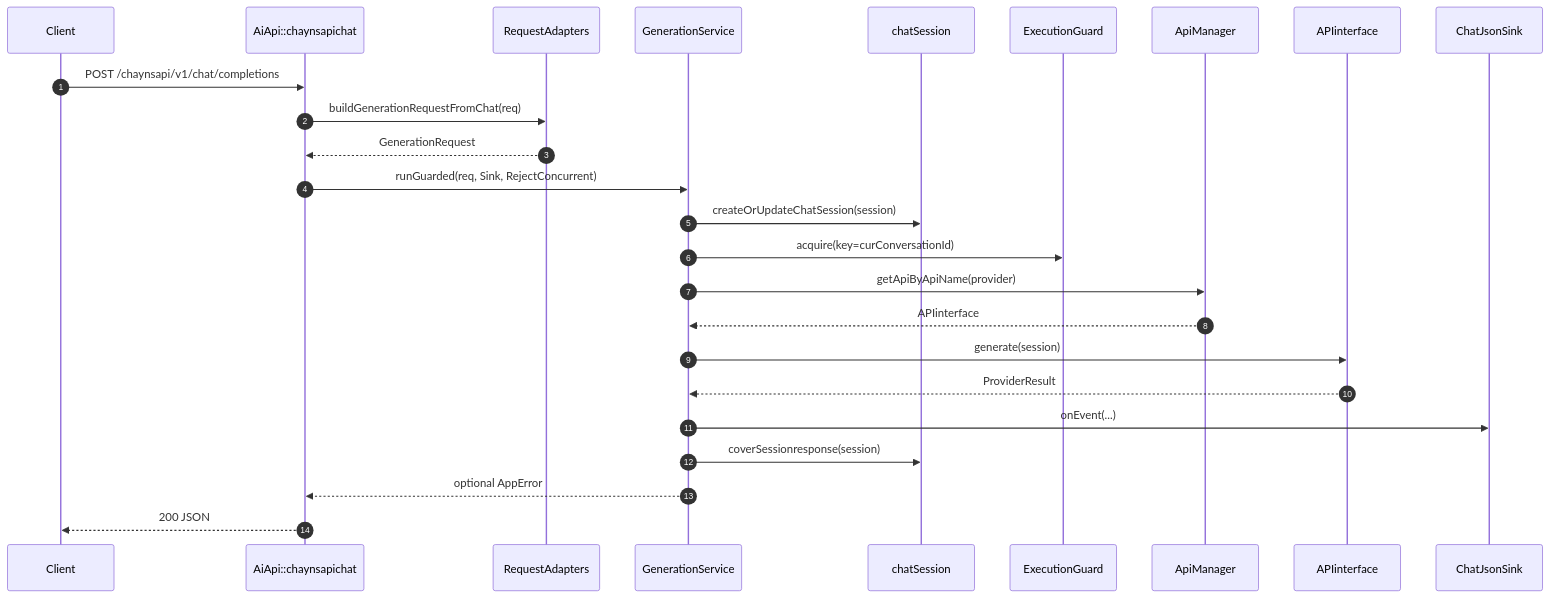
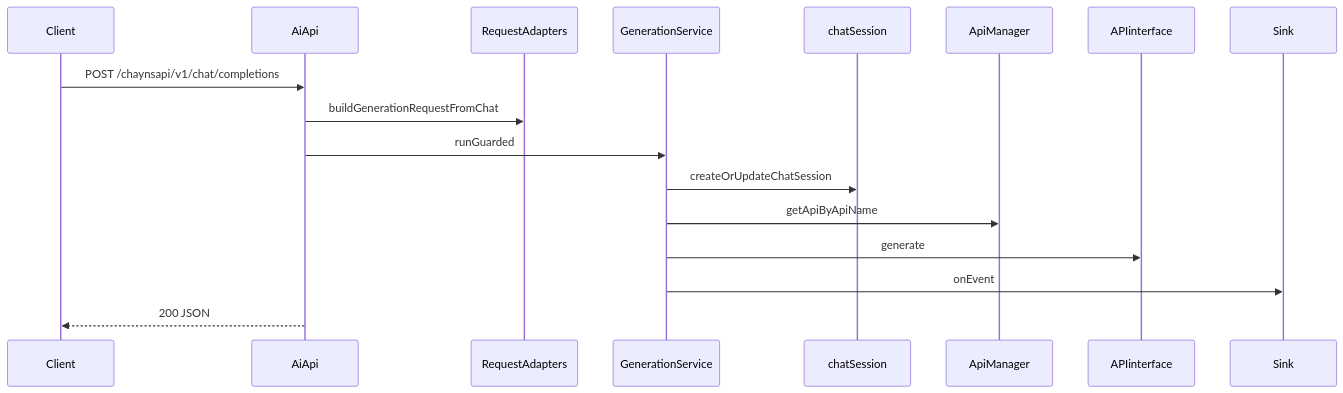
The second of 2 diagrams in doc/aiapi_callflow_and_api_examples.md (scrtou/aiapi), drawn with Mermaid before and after one commit. The commit also changed other lines of this file and 5 other files, not shown here.

````diff
--- a/doc/aiapi_callflow_and_api_examples.md
+++ b/doc/aiapi_callflow_and_api_examples.md
@@ -160,28 +124,11 @@
 ```mermaid
 sequenceDiagram
-  autonumber
-  participant Client
-  participant AiApi as AiApi::chaynsapichat
-  participant RA as RequestAdapters
-  participant GS as GenerationService
-  participant CS as chatSession
-  participant Gate as ExecutionGuard
-  participant AM as ApiManager
-  participant P as APIinterface
-  participant Sink as ChatJsonSink
-
   Client->>AiApi: POST /chaynsapi/v1/chat/completions
-  AiApi->>RA: buildGenerationRequestFromChat(req)
-  RA-->>AiApi: GenerationRequest
-  AiApi->>GS: runGuarded(req, Sink, RejectConcurrent)
-  GS->>CS: createOrUpdateChatSession(session)
-  GS->>Gate: acquire(key=curConversationId)
-  GS->>AM: getApiByApiName(provider)
-  AM-->>GS: APIinterface
-  GS->>P: generate(session)
-  P-->>GS: ProviderResult
-  GS->>Sink: onEvent(...)
-  GS->>CS: coverSessionresponse(session)
-  GS-->>AiApi: optional AppError
+  AiApi->>RequestAdapters: buildGenerationRequestFromChat
+  AiApi->>GenerationService: runGuarded
+  GenerationService->>chatSession: createOrUpdateChatSession
+  GenerationService->>ApiManager: getApiByApiName
+  GenerationService->>APIinterface: generate
+  GenerationService->>Sink: onEvent
   AiApi-->>Client: 200 JSON
 ```
````
